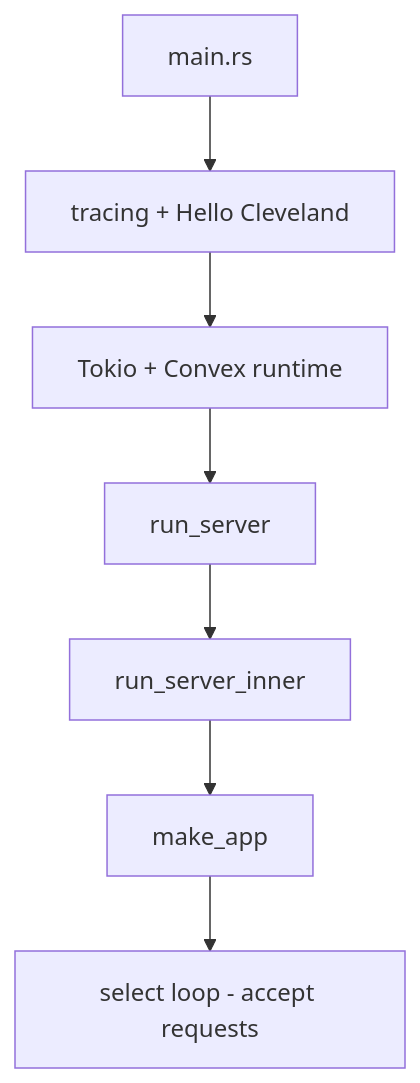
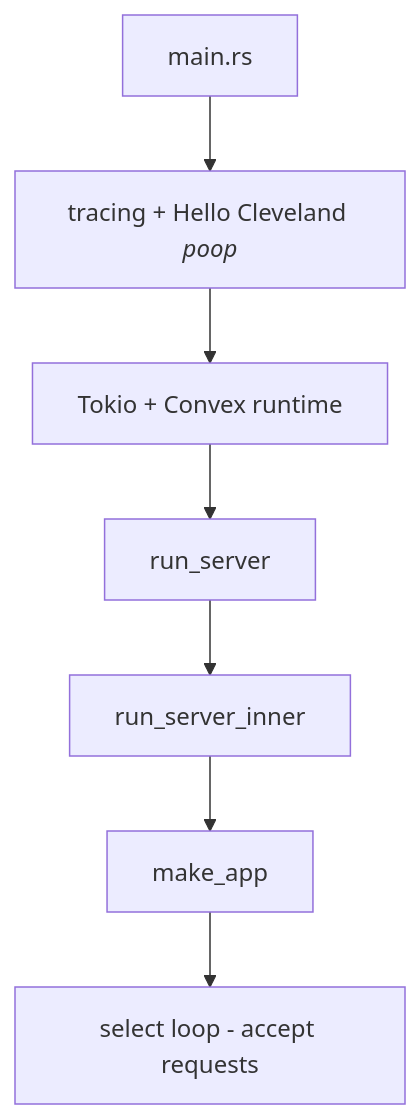
The diagram in notes/startup/entrypoint.md (chrisyerga/convex-backend), drawn with Mermaid before and after one commit. The commit also changed 13 other files, not shown here.

````diff
--- a/notes/startup/entrypoint.md
+++ b/notes/startup/entrypoint.md
@@ -22,12 +22,12 @@
 ```mermaid
 flowchart TD
   main[main.rs]
-  tracing[tracing + Hello Cleveland]
+  tracing[tracing + Hello Cleveland <em>poop</em>]
   tokio[Tokio + Convex runtime]
   runServer[run_server]
   inner[run_server_inner]
   makeApp[make_app]
   ready[select loop - accept requests]
 
   main --> tracing --> tokio --> runServer --> inner --> makeApp --> ready
 ```
````
